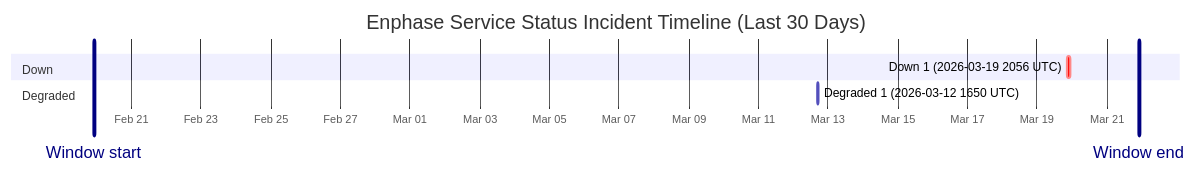
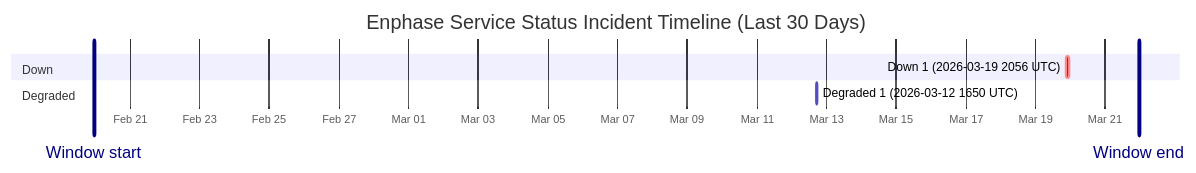
The diagram in wiki/Service-Status-History.md (barneyonline/ha-enphase-ev-charger), drawn with Mermaid before and after one commit. The commit also changed other lines of this file and 3 other files, not shown here.

````diff
--- a/wiki/Service-Status-History.md
+++ b/wiki/Service-Status-History.md
@@ -14,12 +14,12 @@
 ```mermaid
 gantt
     title Enphase Service Status Incident Timeline (Last 30 Days)
     dateFormat  YYYY-MM-DDTHH:mm:ss
     axisFormat  %b %d
-    Window start :vert, window-start, 2026-02-19T22:14:50, 0ms
-    Window end :vert, window-end, 2026-03-21T22:14:50, 0ms
+    Window start :vert, window-start, 2026-02-19T23:16:12, 0ms
+    Window end :vert, window-end, 2026-03-21T23:16:12, 0ms
     section Down
     Down 1 (2026-03-19 2056 UTC) :crit, down-1, 2026-03-19T20:56:20, 145m
     section Degraded
     Degraded 1 (2026-03-12 1650 UTC) :active, degraded-1, 2026-03-12T16:50:43, 60m
 ```
````
